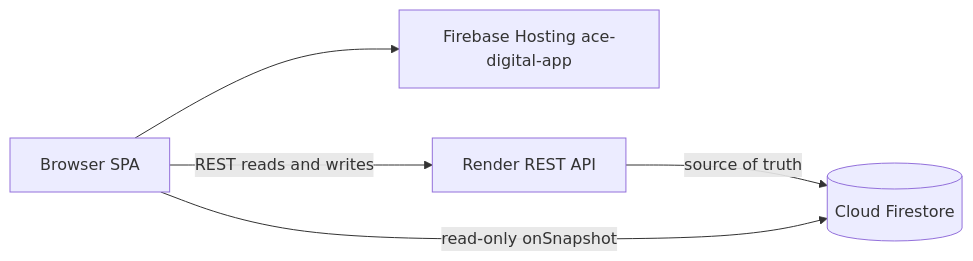
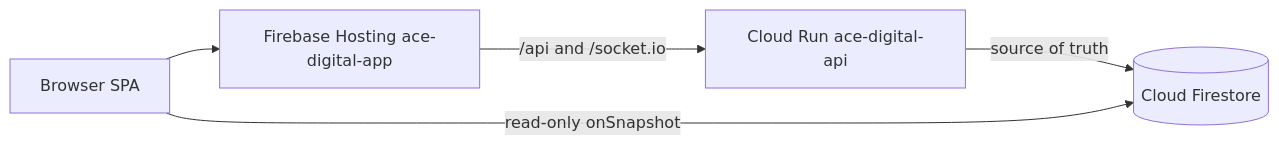
Before and after one commit to Ace-Groups/Ace-Digital: the diagram in docs/PRODUCTION.md, drawn with Mermaid. The commit also changed other lines of this file and 36 other files, not shown here.

First line of the commit message:
Move the API from Render to Cloud Run scale-to-zero.

````diff
--- a/docs/PRODUCTION.md
+++ b/docs/PRODUCTION.md
@@ -20,12 +20,12 @@
 ```mermaid
 flowchart LR
   Browser[Browser SPA]
   Hosting[Firebase Hosting ace-digital-app]
-  Render[Render REST API]
+  Run[Cloud Run ace-digital-api]
   Firestore[(Cloud Firestore)]
 
   Browser --> Hosting
-  Browser -->|REST reads and writes| Render
-  Render -->|source of truth| Firestore
+  Hosting -->|/api and /socket.io| Run
+  Run -->|source of truth| Firestore
   Browser -->|read-only onSnapshot| Firestore
 ```
````
